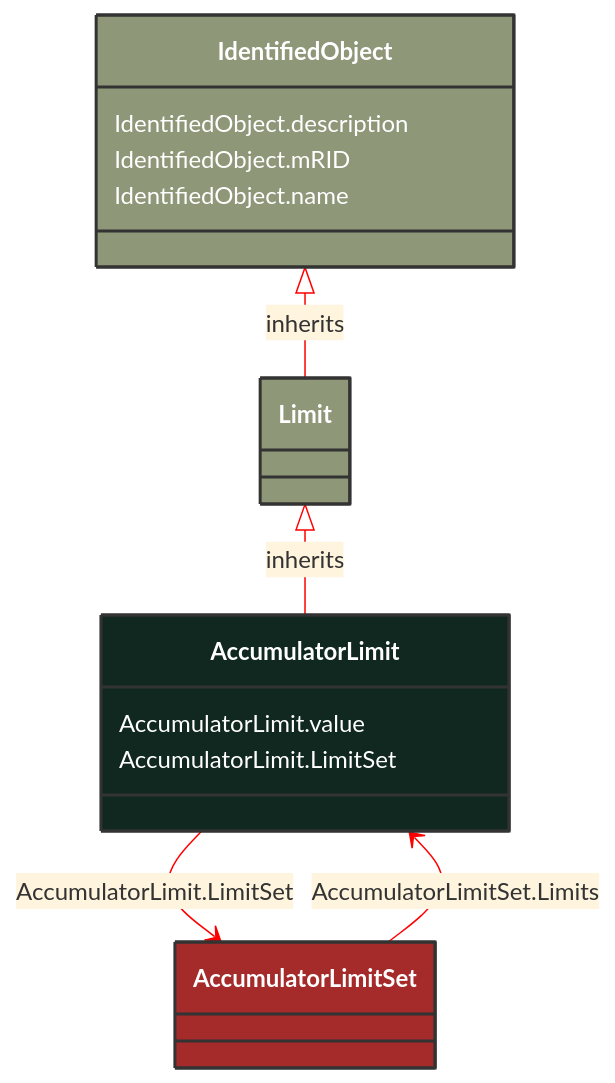
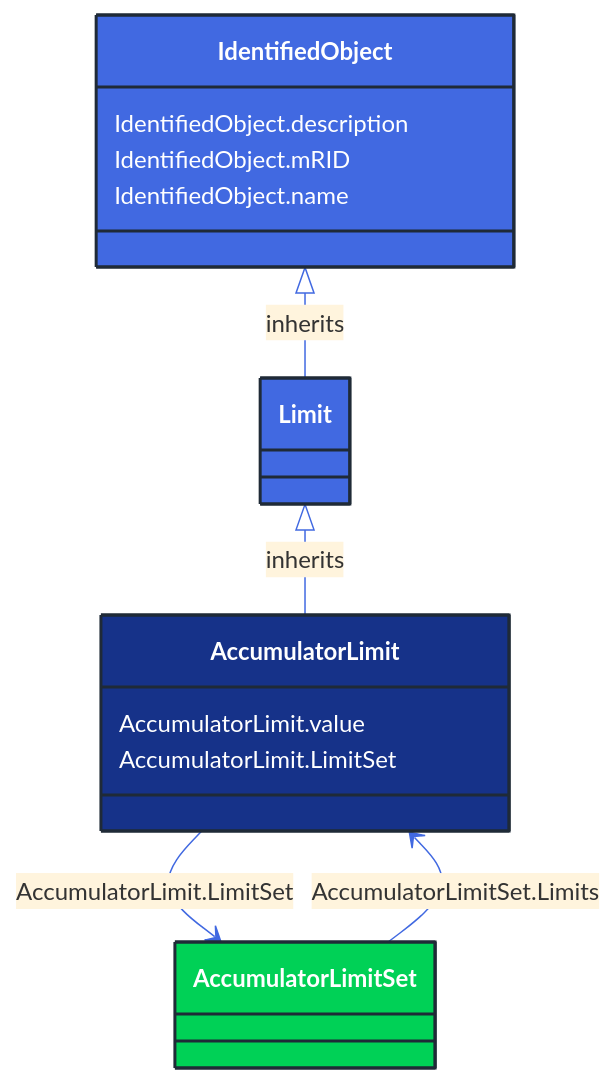
Before and after one commit to 3lbits/NoCIMExtensions: the diagram in docs/Models/Profiles/Operation/AbstractClasses/AccumulatorLimit.md, drawn with Mermaid. The commit also changed 362 other files, not shown here.

First line of the commit message:
Update diagrams and styles for improved visual consistency

````diff
--- a/docs/Models/Profiles/Operation/AbstractClasses/AccumulatorLimit.md
+++ b/docs/Models/Profiles/Operation/AbstractClasses/AccumulatorLimit.md
@@ -10,34 +10,34 @@
 ```mermaid
-%%{init: {'theme':'base','themeVariables': {'lineColor': '#FF0000'}}}%%
+%%{init: {'theme':'base','themeVariables': {'lineColor': '#4169E1'}}}%%
 classDiagram
     class AccumulatorLimit
     click AccumulatorLimit href "/Models/Profiles/Operation/AbstractClasses/AccumulatorLimit/"
-    style AccumulatorLimit fill:#102820,stroke:#333,stroke-width:2px,rx:10,ry:10,color:white
+    style AccumulatorLimit fill:#163289,stroke:#1F2A37,stroke-width:2px,rx:10,ry:10,color:white
      
         Limit <|-- AccumulatorLimit : inherits
             click Limit href "/Models/Profiles/Operation/AbstractClasses/Limit/"
-            style Limit fill:#8F9779,stroke:#333,stroke-width:2px,rx:10,ry:10,color:white
+            style Limit fill:#4169E1,stroke:#1F2A37,stroke-width:2px,rx:10,ry:10,color:white
      
         IdentifiedObject <|-- Limit : inherits
             click IdentifiedObject href "/Models/Profiles/Operation/AbstractClasses/IdentifiedObject/"
-            style IdentifiedObject fill:#8F9779,stroke:#333,stroke-width:2px,rx:10,ry:10,color:white
+            style IdentifiedObject fill:#4169E1,stroke:#1F2A37,stroke-width:2px,rx:10,ry:10,color:white
 
         AccumulatorLimit --> AccumulatorLimitSet : AccumulatorLimit.LimitSet
 
         AccumulatorLimitSet
             click AccumulatorLimitSet href "/Models/Profiles/Operation/ConcreteClasses/AccumulatorLimitSet/"
-            style AccumulatorLimitSet fill:#A52A2A,stroke:#333,stroke-width:2px,rx:10,ry:10,color:white
+            style AccumulatorLimitSet fill:#00D156,stroke:#1F2A37,stroke-width:2px,rx:10,ry:10,color:white
 
         AccumulatorLimitSet --> AccumulatorLimit : AccumulatorLimitSet.Limits
 
         AccumulatorLimitSet
             click AccumulatorLimitSet href "/Models/Profiles/Operation/ConcreteClasses/AccumulatorLimitSet/"
-            style AccumulatorLimitSet fill:#A52A2A,stroke:#333,stroke-width:2px,rx:10,ry:10,color:white
+            style AccumulatorLimitSet fill:#00D156,stroke:#1F2A37,stroke-width:2px,rx:10,ry:10,color:white
 
 
         AccumulatorLimit : AccumulatorLimit.value
         AccumulatorLimit : AccumulatorLimit.LimitSet
         IdentifiedObject : IdentifiedObject.description
         IdentifiedObject : IdentifiedObject.mRID
         IdentifiedObject : IdentifiedObject.name
 ```
````
